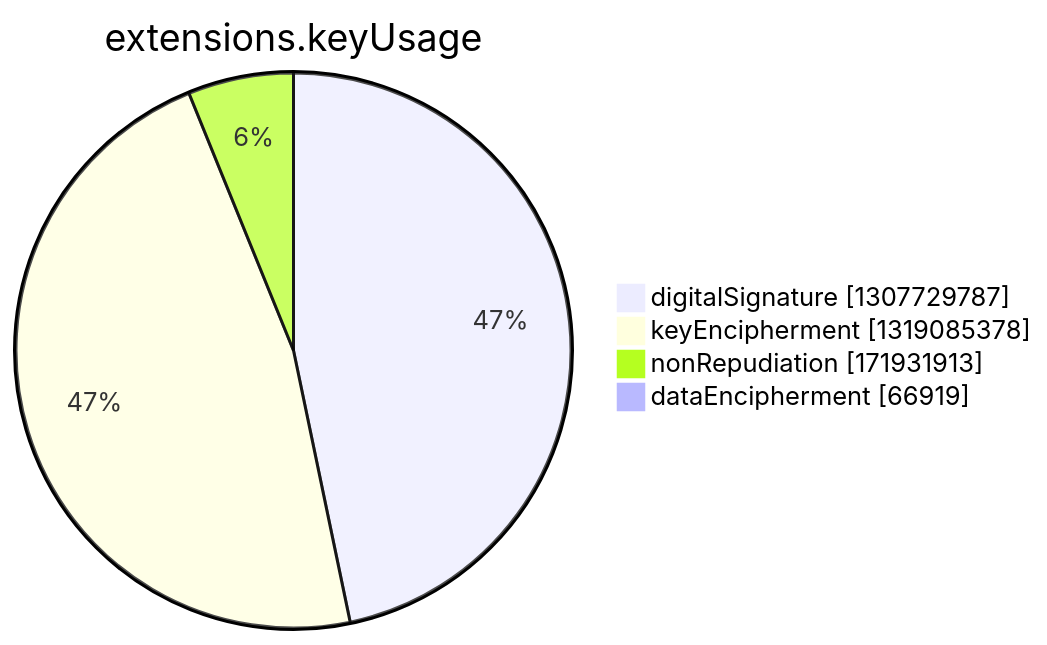
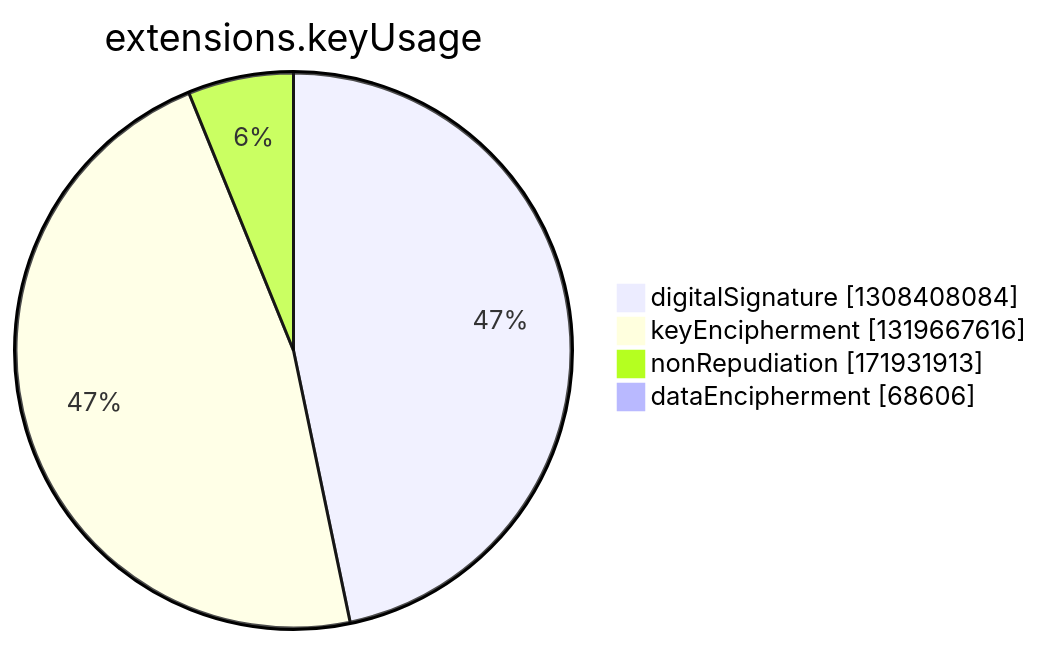
The seventh of 15 diagrams in argon2022/README.md (christiankrug/ctmonitor_visualization), drawn with Mermaid before and after one commit. The commit also changed other lines of this file, not shown here.

````diff
--- a/argon2022/README.md
+++ b/argon2022/README.md
@@ -2750,8 +2750,8 @@
 ```mermaid
 pie showData
 title extensions.keyUsage
-"digitalSignature" :1307729787
-"keyEncipherment" :1319085378
+"digitalSignature" :1308408084
+"keyEncipherment" :1319667616
 "nonRepudiation" :171931913
-"dataEncipherment" :66919
+"dataEncipherment" :68606
 ```
````
